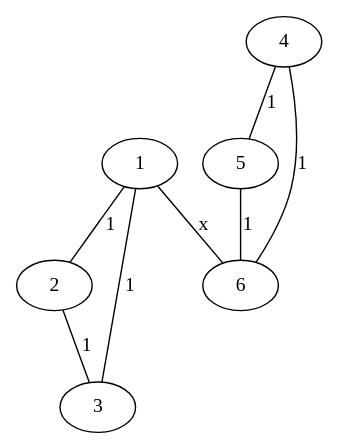
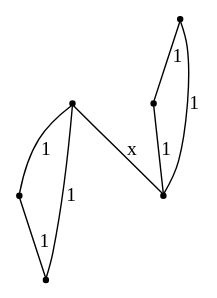
One commit to zhaofeng-shu33/info-clustering-research changed the diagram in sample/6point.gv. Above: the diagram before and after it, drawn with Graphviz. The commit also changed 3 other files, not shown here.

Commit message:
shape=point

```diff
--- a/sample/6point.gv
+++ b/sample/6point.gv
@@ -1,9 +1,10 @@
 graph G {
+   node [shape=point]
    1 -- 2 [label="1"];
    1 -- 3 [label="1"];
    2 -- 3 [label="1"];
    4 -- 5 [label="1"];
    4 -- 6 [label="1"];
    5 -- 6 [label="1"];   
    1 -- 6 [label="x"];      
 }
```
